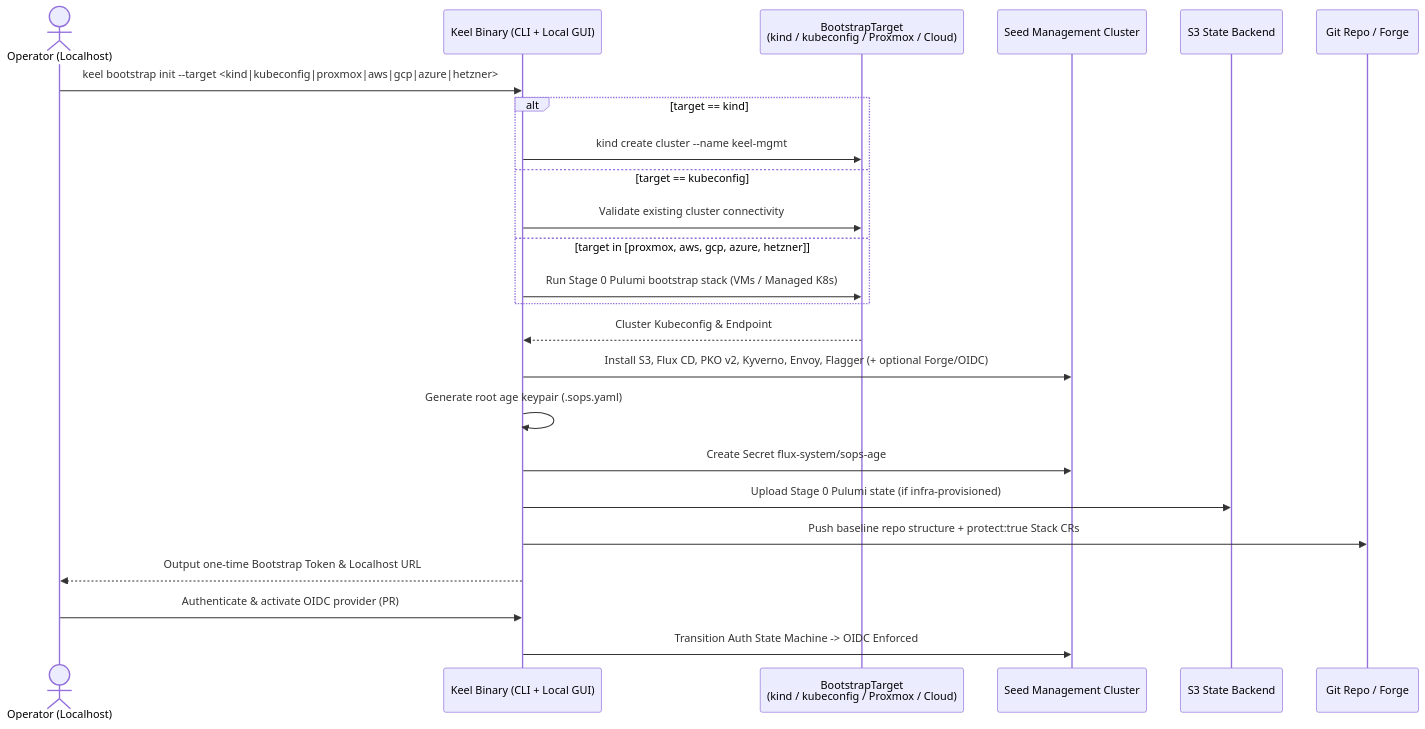
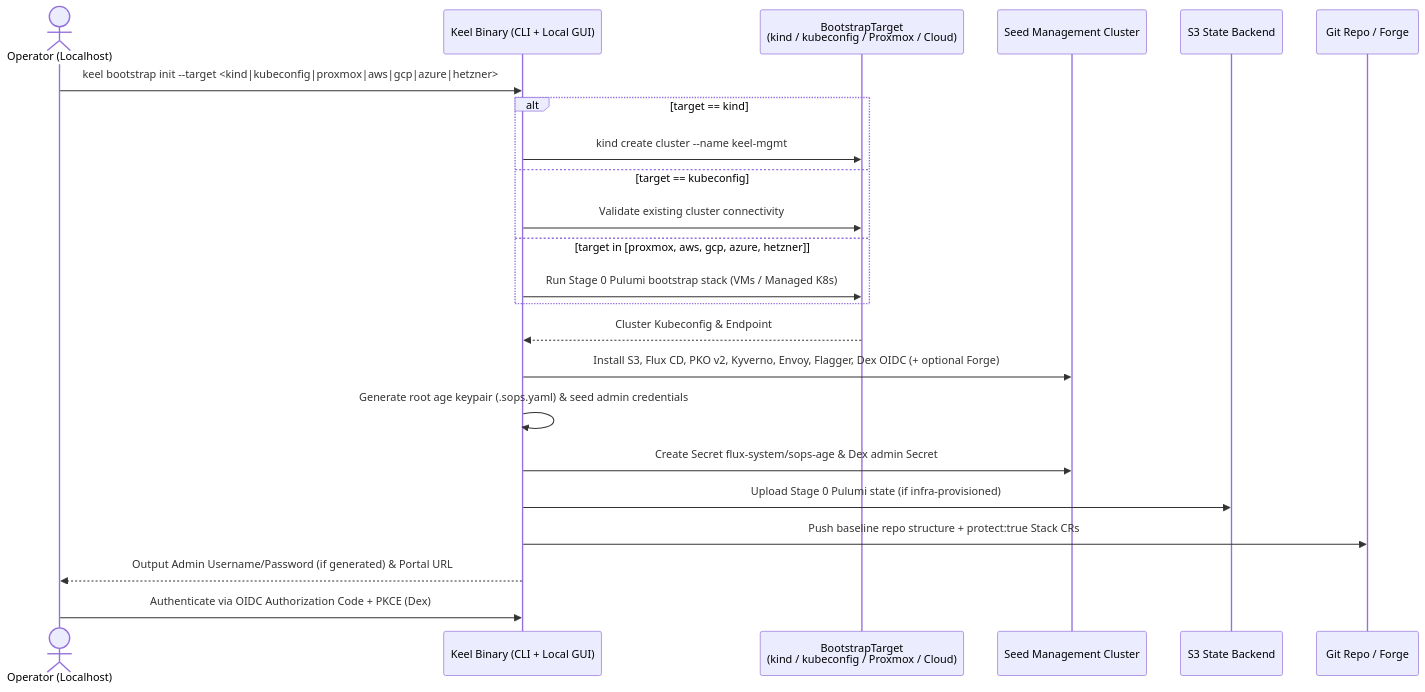
Before and after one commit to rdylanwalker/keel: the second of 5 diagrams in SDD.md, drawn with Mermaid. The commit also changed other lines of this file and 48 other files, not shown here.

Commit message:
feat: add Dex OIDC, SeaweedFS S3, schema builder, and consistent docs

````diff
--- a/SDD.md
+++ b/SDD.md
@@ -98,27 +98,26 @@
 ```mermaid
 sequenceDiagram
     actor Op as Operator (Localhost)
     participant CLI as Keel Binary (CLI + Local GUI)
     participant Target as BootstrapTarget<br/>(kind / kubeconfig / Proxmox / Cloud)
     participant K8S as Seed Management Cluster
     participant S3 as S3 State Backend
     participant Git as Git Repo / Forge
 
     Op->>CLI: keel bootstrap init --target <kind|kubeconfig|proxmox|aws|gcp|azure|hetzner>
     alt target == kind
         CLI->>Target: kind create cluster --name keel-mgmt
     else target == kubeconfig
         CLI->>Target: Validate existing cluster connectivity
     else target in [proxmox, aws, gcp, azure, hetzner]
         CLI->>Target: Run Stage 0 Pulumi bootstrap stack (VMs / Managed K8s)
     end
     Target-->>CLI: Cluster Kubeconfig & Endpoint
-    CLI->>K8S: Install S3, Flux CD, PKO v2, Kyverno, Envoy, Flagger (+ optional Forge/OIDC)
-    CLI->>CLI: Generate root age keypair (.sops.yaml)
-    CLI->>K8S: Create Secret flux-system/sops-age
+    CLI->>K8S: Install S3, Flux CD, PKO v2, Kyverno, Envoy, Flagger, Dex OIDC (+ optional Forge)
+    CLI->>CLI: Generate root age keypair (.sops.yaml) & seed admin credentials
+    CLI->>K8S: Create Secret flux-system/sops-age & Dex admin Secret
     CLI->>S3: Upload Stage 0 Pulumi state (if infra-provisioned)
     CLI->>Git: Push baseline repo structure + protect:true Stack CRs
-    CLI-->>Op: Output one-time Bootstrap Token & Localhost URL
-    Op->>CLI: Authenticate & activate OIDC provider (PR)
-    CLI->>K8S: Transition Auth State Machine -> OIDC Enforced
+    CLI-->>Op: Output Admin Username/Password (if generated) & Portal URL
+    Op->>CLI: Authenticate via OIDC Authorization Code + PKCE (Dex)
 ```
````
